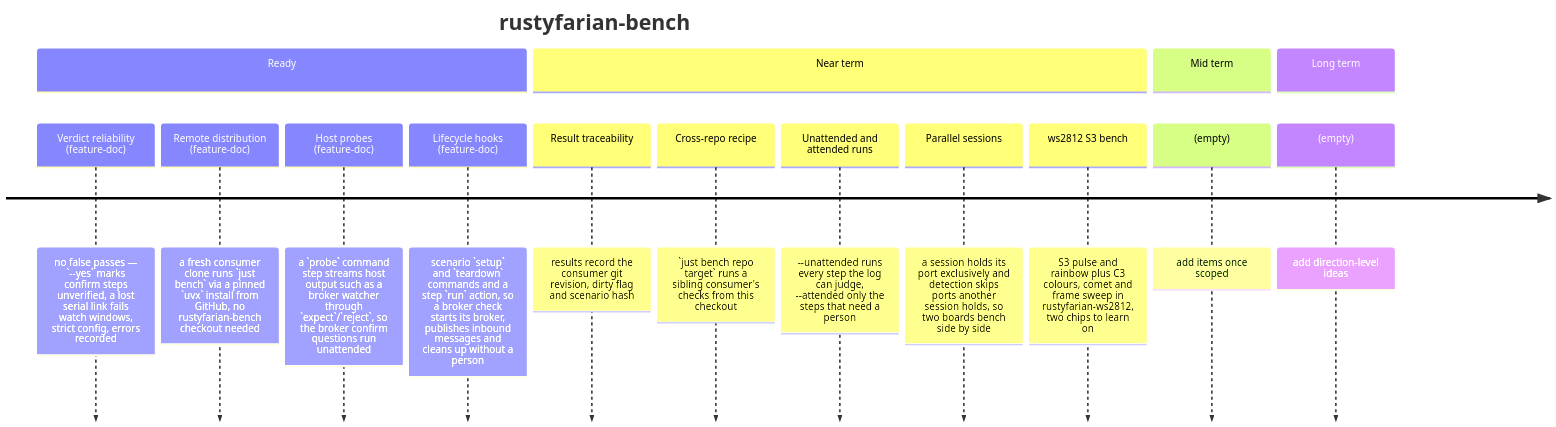
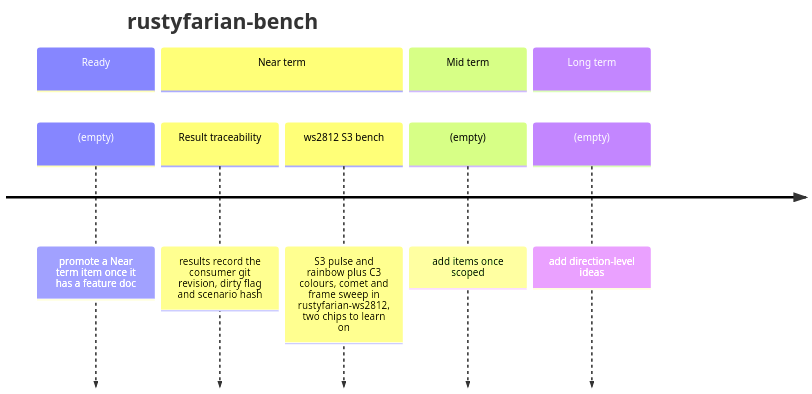
One commit to datenkollektiv/rustyfarian-bench changed the diagram in docs/ROADMAP.md. Above: the diagram before and after it, drawn with Mermaid. The commit also changed 4 other files, not shown here.

Commit message:
Roadmap Hygiene 2026-11-09

````diff
--- a/docs/ROADMAP.md
+++ b/docs/ROADMAP.md
@@ -8,19 +8,13 @@
 ```mermaid
 timeline
     title rustyfarian-bench
     section Ready
-        Verdict reliability (feature-doc) : no false passes — `--yes` marks confirm steps unverified, a lost serial link fails watch windows, strict config, errors recorded
-        Remote distribution (feature-doc) : a fresh consumer clone runs `just bench` via a pinned `uvx` install from GitHub, no rustyfarian-bench checkout needed
-        Host probes (feature-doc) : a `probe` command step streams host output such as a broker watcher through `expect`/`reject`, so the broker confirm questions run unattended
-        Lifecycle hooks (feature-doc) : scenario `setup` and `teardown` commands and a step `run` action, so a broker check starts its broker, publishes inbound messages and cleans up without a person
+        (empty) : promote a Near term item once it has a feature doc
     section Near term
         Result traceability : results record the consumer git revision, dirty flag and scenario hash
-        Cross-repo recipe : `just bench repo target` runs a sibling consumer's checks from this checkout
-        Unattended and attended runs : --unattended runs every step the log can judge, --attended only the steps that need a person
-        Parallel sessions : a session holds its port exclusively and detection skips ports another session holds, so two boards bench side by side
         ws2812 S3 bench : S3 pulse and rainbow plus C3 colours, comet and frame sweep in rustyfarian-ws2812, two chips to learn on
     section Mid term
         (empty) : add items once scoped
     section Long term
         (empty) : add direction-level ideas
 ```
````
